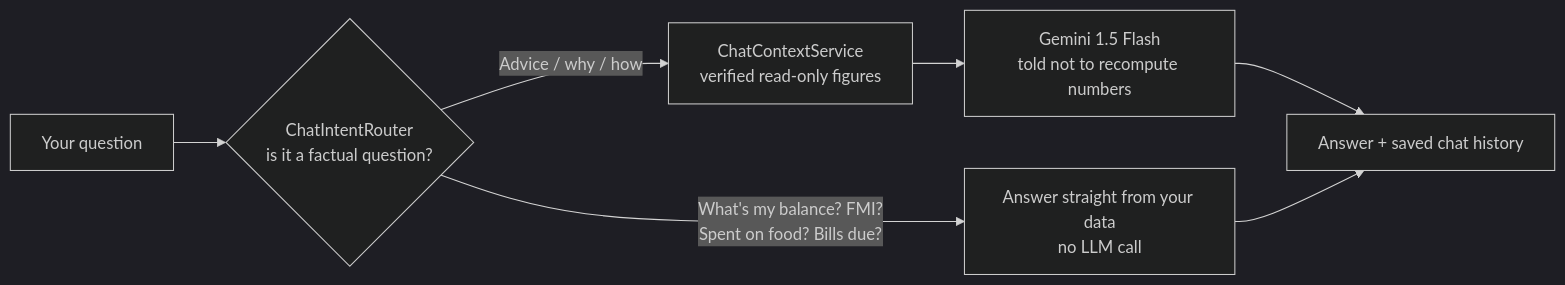
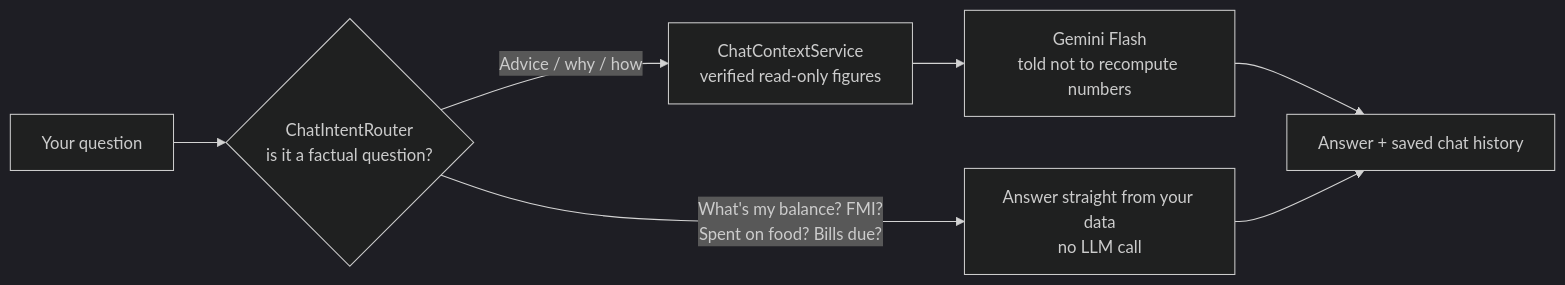
The seventh of 9 diagrams in README.md (parthpalav/LYProj_C34), drawn with Mermaid (dark theme) before and after one commit. The commit also changed other lines of this file and 34 other files, not shown here.

````diff
--- a/README.md
+++ b/README.md
@@ -456,9 +458,9 @@
 ```mermaid
 flowchart LR
     Q["Your question"] --> IR{"ChatIntentRouter<br/>is it a factual question?"}
     IR -->|"What's my balance? FMI?<br/>Spent on food? Bills due?"| DET["Answer straight from your data<br/>no LLM call"]
     IR -->|"Advice / why / how"| CTX["ChatContextService<br/>verified read-only figures"]
-    CTX --> GEM["Gemini 1.5 Flash<br/>told not to recompute numbers"]
+    CTX --> GEM["Gemini Flash<br/>told not to recompute numbers"]
     GEM --> A["Answer + saved chat history"]
     DET --> A
 ```
````
